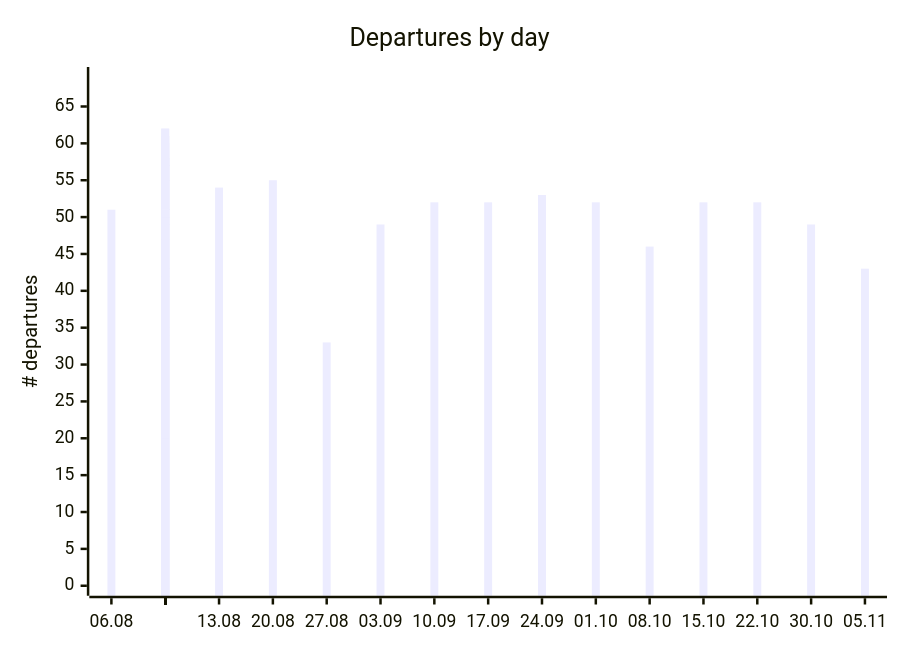
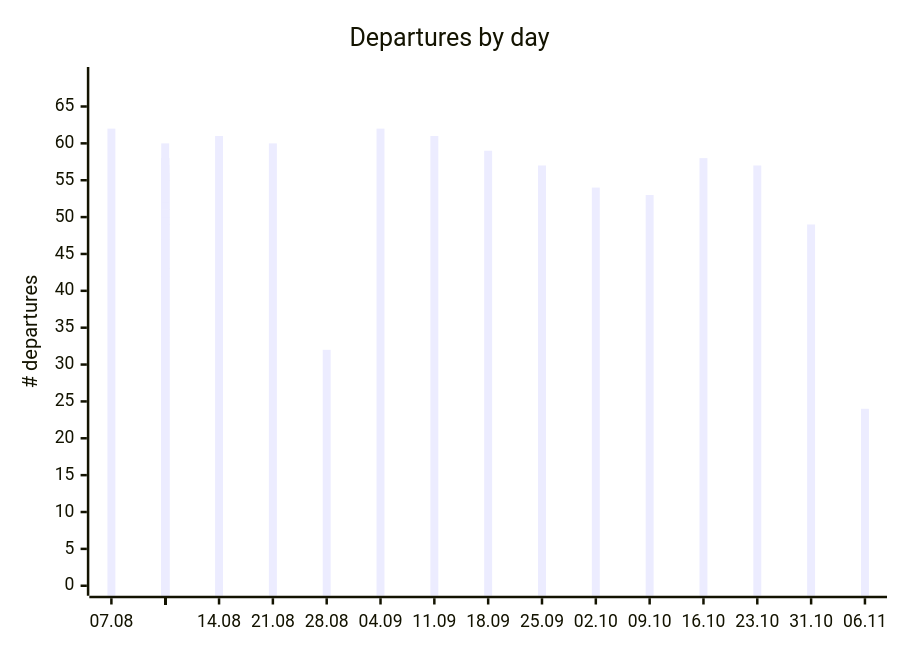
One commit to rainermesi/tll-airport-departures changed the first of 2 diagrams in README.md. Above: the diagram before and after it, drawn with Mermaid. The commit also changed other lines of this file and 3 other files, not shown here.

````diff
--- a/README.md
+++ b/README.md
@@ -65,12 +65,12 @@
 ```mermaid
 ---
 xyChart:
     xAxis:
       labelFontSize: 8
 ---
 xychart-beta
     title "Departures by day"
-    x-axis ["06.08", " ", " ", " ", " ", " ", " ", "13.08", " ", " ", " ", " ", " ", " ", "20.08", " ", " ", " ", " ", " ", " ", "27.08", " ", " ", " ", " ", " ", " ", "03.09", " ", " ", " ", " ", " ", " ", "10.09", " ", " ", " ", " ", " ", " ", "17.09", " ", " ", " ", " ", " ", " ", "24.09", " ", " ", " ", " ", " ", " ", "01.10", " ", " ", " ", " ", " ", " ", "08.10", " ", " ", " ", " ", " ", " ", "15.10", " ", " ", " ", " ", " ", " ", "22.10", " ", " ", " ", " ", " ", " ", "30.10", " ", " ", " ", " ", "05.11"]
+    x-axis ["07.08", " ", " ", " ", " ", " ", " ", "14.08", " ", " ", " ", " ", " ", " ", "21.08", " ", " ", " ", " ", " ", " ", "28.08", " ", " ", " ", " ", " ", " ", "04.09", " ", " ", " ", " ", " ", " ", "11.09", " ", " ", " ", " ", " ", " ", "18.09", " ", " ", " ", " ", " ", " ", "25.09", " ", " ", " ", " ", " ", " ", "02.10", " ", " ", " ", " ", " ", " ", "09.10", " ", " ", " ", " ", " ", " ", "16.10", " ", " ", " ", " ", " ", " ", "23.10", " ", " ", " ", " ", " ", " ", "31.10", " ", " ", " ", " ", "06.11"]
     y-axis "# departures" 0 --> 69
-    bar [51, 62, 45, 57, 58, 43, 53, 54, 61, 48, 57, 60, 46, 54, 55, 60, 43, 58, 58, 48, 54, 33, 32, 34, 52, 54, 45, 54, 49, 62, 42, 56, 57, 48, 53, 52, 61, 44, 54, 56, 47, 51, 52, 59, 43, 52, 55, 46, 51, 53, 57, 40, 48, 54, 42, 46, 52, 54, 40, 48, 50, 36, 45, 46, 53, 35, 49, 50, 34, 46, 52, 58, 44, 55, 56, 46, 48, 52, 57, 46, 50, 46, 51, 27, 49, 49, 50, 44, 20, 43]
+    bar [62, 45, 57, 58, 43, 53, 54, 61, 48, 57, 60, 46, 54, 55, 60, 43, 58, 58, 48, 54, 33, 32, 34, 52, 54, 45, 54, 49, 62, 42, 56, 57, 48, 53, 52, 61, 44, 54, 56, 47, 51, 52, 59, 43, 52, 55, 46, 51, 53, 57, 40, 48, 54, 42, 46, 52, 54, 40, 48, 50, 36, 45, 46, 53, 35, 49, 50, 34, 46, 52, 58, 44, 55, 56, 46, 48, 52, 57, 46, 50, 46, 51, 27, 49, 49, 50, 44, 20, 43, 24]
 ```
````
